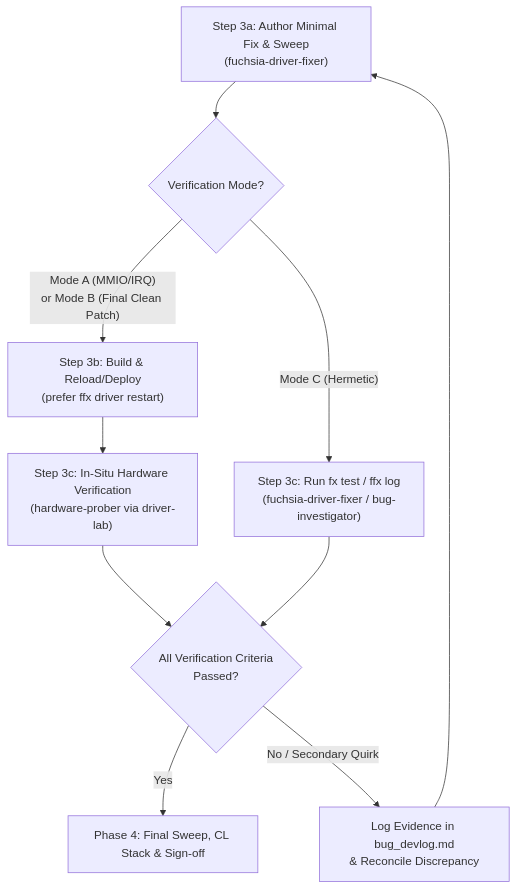
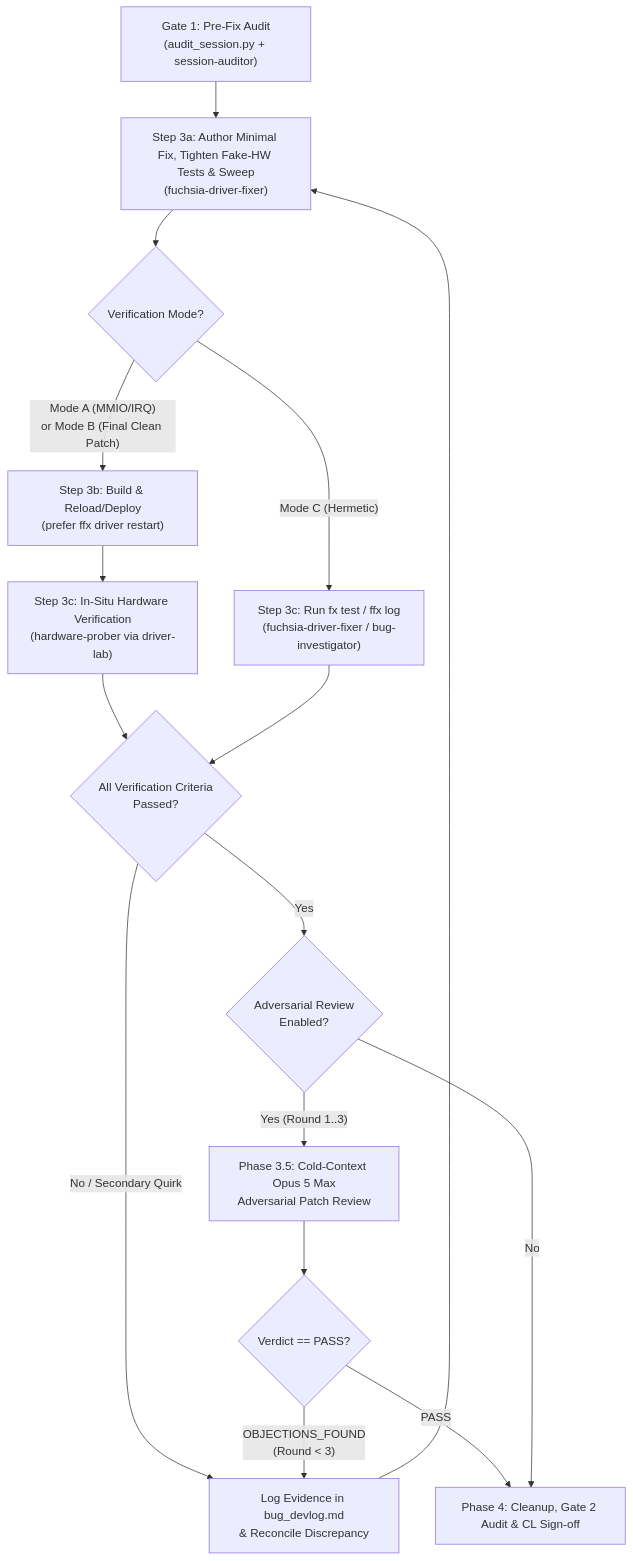
The diagram in src/devices/skills/autoda-fix/SKILL.md (XSLabs/fuchsia), drawn with Mermaid before and after one commit. The commit also changed other lines of this file and 9 other files, not shown here.

````diff
--- a/src/devices/skills/autoda-fix/SKILL.md
+++ b/src/devices/skills/autoda-fix/SKILL.md
@@ -475,12 +733,18 @@
 ```mermaid
 flowchart TD
-    A["Step 3a: Author Minimal Fix & Sweep\n(fuchsia-driver-fixer)"] --> B{"Verification Mode?"}
+    G1["Gate 1: Pre-Fix Audit\n(audit_session.py + session-auditor)"] --> A["Step 3a: Author Minimal Fix, Tighten Fake-HW Tests & Sweep\n(fuchsia-driver-fixer)"]
+    A --> B{"Verification Mode?"}
     B -- "Mode A (MMIO/IRQ)\nor Mode B (Final Clean Patch)" --> C["Step 3b: Build & Reload/Deploy\n(prefer ffx driver restart)"]
     C --> D["Step 3c: In-Situ Hardware Verification\n(hardware-prober via driver-lab)"]
     B -- "Mode C (Hermetic)" --> E["Step 3c: Run fx test / ffx log\n(fuchsia-driver-fixer / bug-investigator)"]
     D --> F{"All Verification Criteria\nPassed?"}
     E --> F
-    F -- "Yes" --> G["Phase 4: Final Sweep, CL Stack & Sign-off"]
     F -- "No / Secondary Quirk" --> H["Log Evidence in bug_devlog.md\n& Reconcile Discrepancy"]
     H --> A
+    F -- "Yes" --> AR{"Adversarial Review\nEnabled?"}
+    AR -- "Yes (Round 1..3)" --> OP["Phase 3.5: Cold-Context Opus 5 Max\nAdversarial Patch Review"]
+    OP --> OPV{"Verdict == PASS?"}
+    OPV -- "OBJECTIONS_FOUND\n(Round < 3)" --> H
+    OPV -- "PASS" --> G2["Phase 4: Cleanup, Gate 2 Audit & CL Sign-off"]
+    AR -- "No" --> G2
 ```
````
